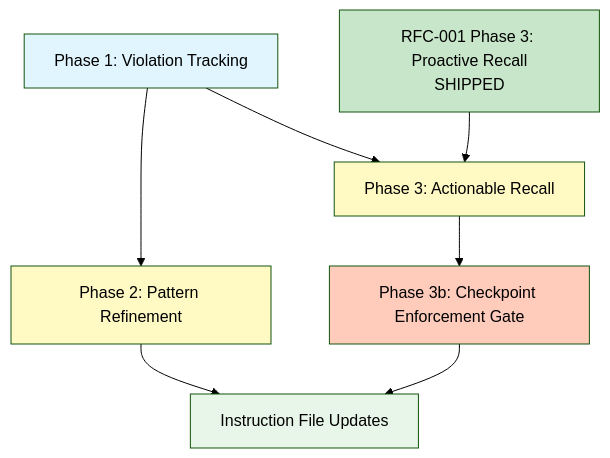
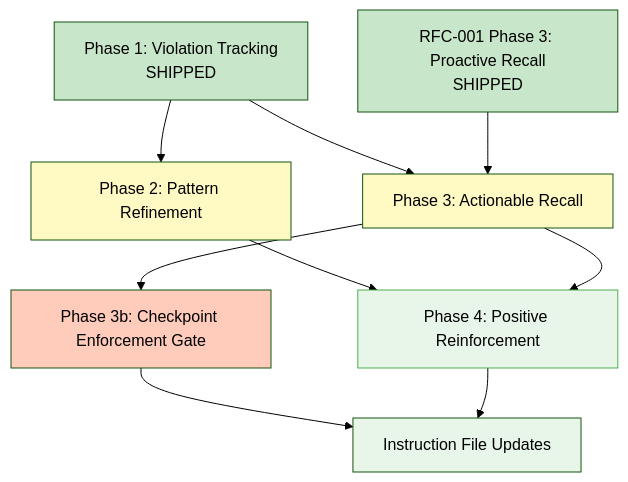
One commit to lantisprime/episodic-memory changed the diagram in docs/rfcs/RFC-002-learning-loop.md. Above: the diagram before and after it, drawn with Mermaid (forest theme). The commit also changed other lines of this file, not shown here.

First line of the commit message:
docs: add Phase 4 Positive Reinforcement to RFC-002

````diff
--- a/docs/rfcs/RFC-002-learning-loop.md
+++ b/docs/rfcs/RFC-002-learning-loop.md
@@ -325,27 +386,31 @@
 ```mermaid
 graph TD
     RFC1P3[RFC-001 Phase 3: Proactive Recall<br/>SHIPPED]
-    P1[Phase 1: Violation Tracking]
+    P1[Phase 1: Violation Tracking<br/>SHIPPED]
     P2[Phase 2: Pattern Refinement]
     P3[Phase 3: Actionable Recall]
     P3b[Phase 3b: Checkpoint Enforcement Gate]
+    P4[Phase 4: Positive Reinforcement]
     INST[Instruction File Updates]
 
     P1 --> P2
     P1 --> P3
     RFC1P3 --> P3
     P3 --> P3b
-    P2 --> INST
+    P2 --> P4
+    P3 --> P4
     P3b --> INST
+    P4 --> INST
 
     classDef shipped fill:#c8e6c9
     classDef tier1 fill:#e1f5fe
     classDef tier2 fill:#fff9c4
     classDef tier3 fill:#e8f5e9
     classDef enforcement fill:#ffccbc
-    class RFC1P3 shipped
-    class P1 tier1
+    classDef positive fill:#e8f5e9,stroke:#4caf50
+    class RFC1P3,P1 shipped
     class P2,P3 tier2
     class P3b enforcement
+    class P4 positive
     class INST tier3
 ```
````
